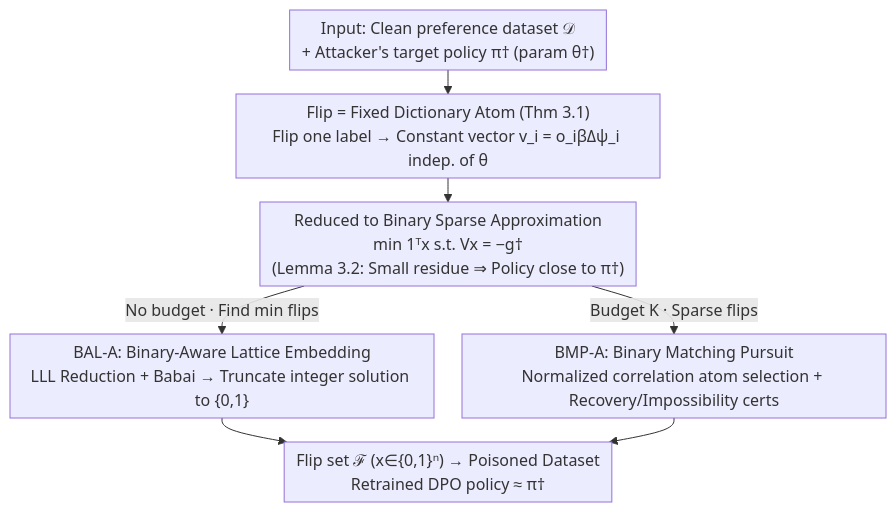
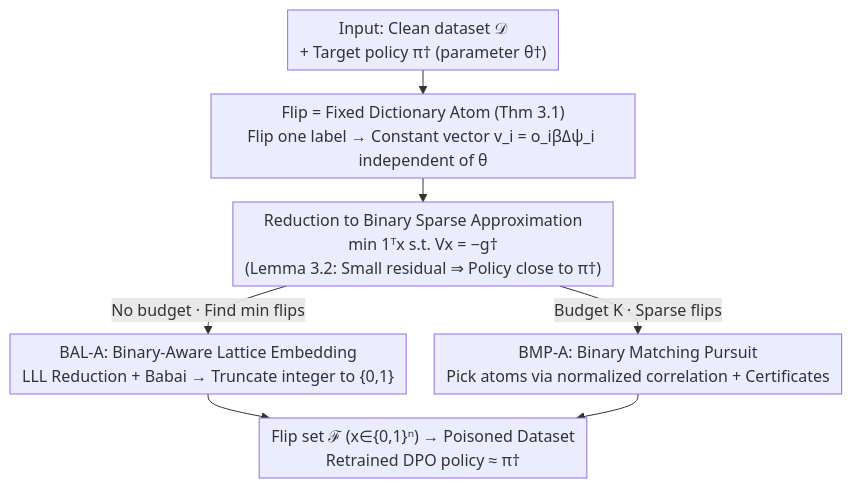
The diagram in docs/ICML2026/llm_alignment/efficient_preference_poisoning_attack_on_offline_rlhf.md (zhaoyang97/Paper-Notes-en), drawn with Mermaid before and after one commit. The commit also changed other lines of this file and 5084 other files, not shown here.

````diff
--- a/docs/ICML2026/llm_alignment/efficient_preference_poisoning_attack_on_offline_rlhf.md
+++ b/docs/ICML2026/llm_alignment/efficient_preference_poisoning_attack_on_offline_rlhf.md
@@ -43,10 +43,10 @@
 ```mermaid
 %%{init: {'flowchart': {'rankSpacing': 24, 'nodeSpacing': 28, 'padding': 6, 'wrappingWidth': 400}}}%%
 flowchart TD
-    A["Input: Clean preference dataset 𝒟<br/>+ Attacker's target policy π† (param θ†)"] --> B["Flip = Fixed Dictionary Atom (Thm 3.1)<br/>Flip one label → Constant vector v_i = o_iβΔψ_i indep. of θ"]
-    B --> C["Reduced to Binary Sparse Approximation<br/>min 1ᵀx  s.t.  Vx = −g†<br/>(Lemma 3.2: Small residue ⇒ Policy close to π†)"]
-    C -->|No budget · Find min flips| D["BAL-A: Binary-Aware Lattice Embedding<br/>LLL Reduction + Babai → Truncate integer solution to {0,1}"]
-    C -->|Budget K · Sparse flips| E["BMP-A: Binary Matching Pursuit<br/>Normalized correlation atom selection + Recovery/Impossibility certs"]
+    A["Input: Clean dataset 𝒟<br/>+ Target policy π† (parameter θ†)"] --> B["Flip = Fixed Dictionary Atom (Thm 3.1)<br/>Flip one label → Constant vector v_i = o_iβΔψ_i independent of θ"]
+    B --> C["Reduction to Binary Sparse Approximation<br/>min 1ᵀx  s.t.  Vx = −g†<br/>(Lemma 3.2: Small residual ⇒ Policy close to π†)"]
+    C -->|No budget · Find min flips| D["BAL-A: Binary-Aware Lattice Embedding<br/>LLL Reduction + Babai → Truncate integer to {0,1}"]
+    C -->|Budget K · Sparse flips| E["BMP-A: Binary Matching Pursuit<br/>Pick atoms via normalized correlation + Certificates"]
     D --> F["Flip set ℱ (x∈{0,1}ⁿ) → Poisoned Dataset<br/>Retrained DPO policy ≈ π†"]
     E --> F
 ```
````
